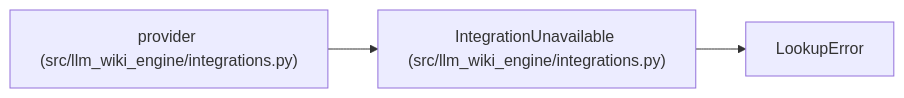
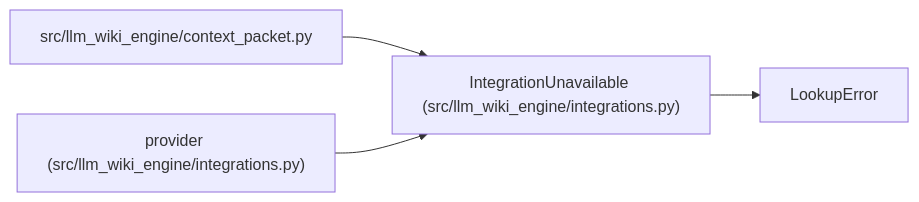
One commit to Denissvgn/python-wiki-llm changed the diagram in docs/llm_wiki/entities/IntegrationUnavailable.md. Above: the diagram before and after it, drawn with Mermaid. The commit also changed other lines of this file and 577 other files, not shown here.

Commit message:
docs: refresh the wiki for the engine context packet

````diff
--- a/docs/llm_wiki/entities/IntegrationUnavailable.md
+++ b/docs/llm_wiki/entities/IntegrationUnavailable.md
@@ -23,10 +23,13 @@
 ```mermaid
 flowchart LR
     n0["IntegrationUnavailable (src/llm_wiki_engine/integrations.py)"]
     n1["LookupError"]
-    n2["provider (src/llm_wiki_engine/integrations.py)"]
+    n2["src/llm_wiki_engine/context_packet.py"]
+    n3["provider (src/llm_wiki_engine/integrations.py)"]
     n0 --> n1
     n2 --> n0
+    n3 --> n0
     click n0 "../modules/integrations.md"
-    click n2 "../modules/integrations.md"
+    click n2 "../modules/context_packet.md"
+    click n3 "../modules/integrations.md"
 ```
````
